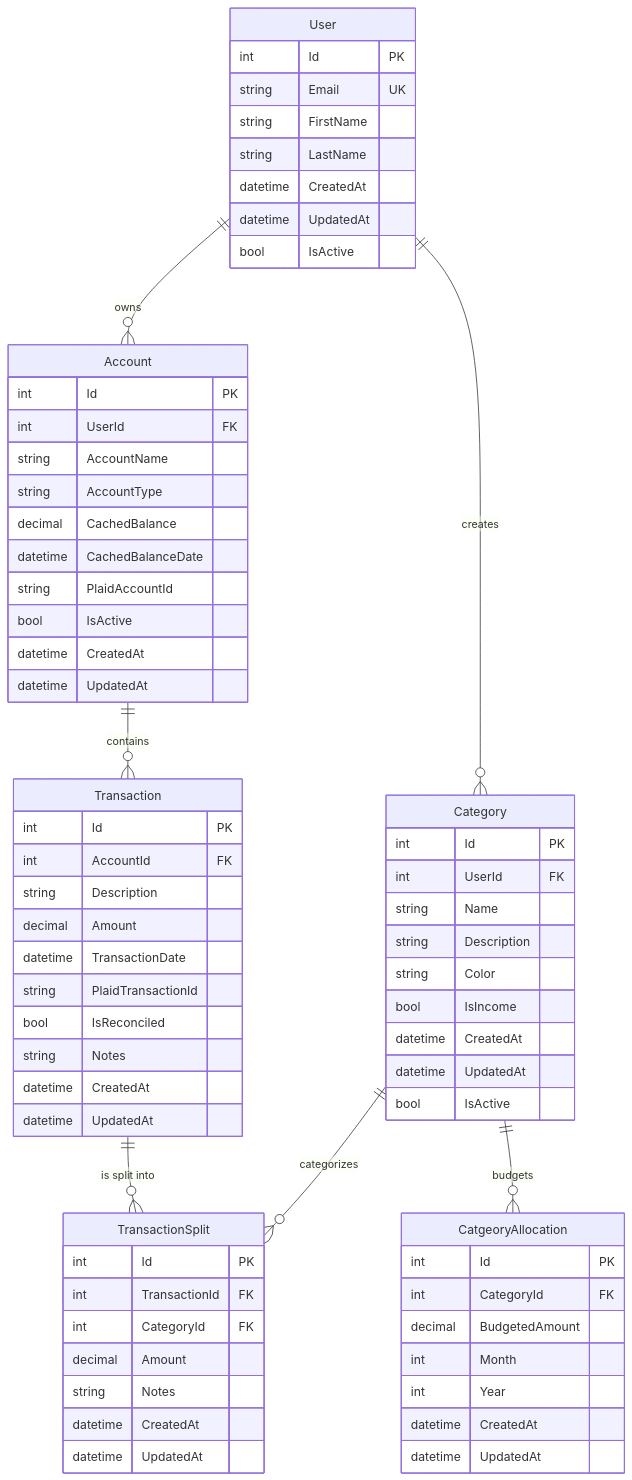
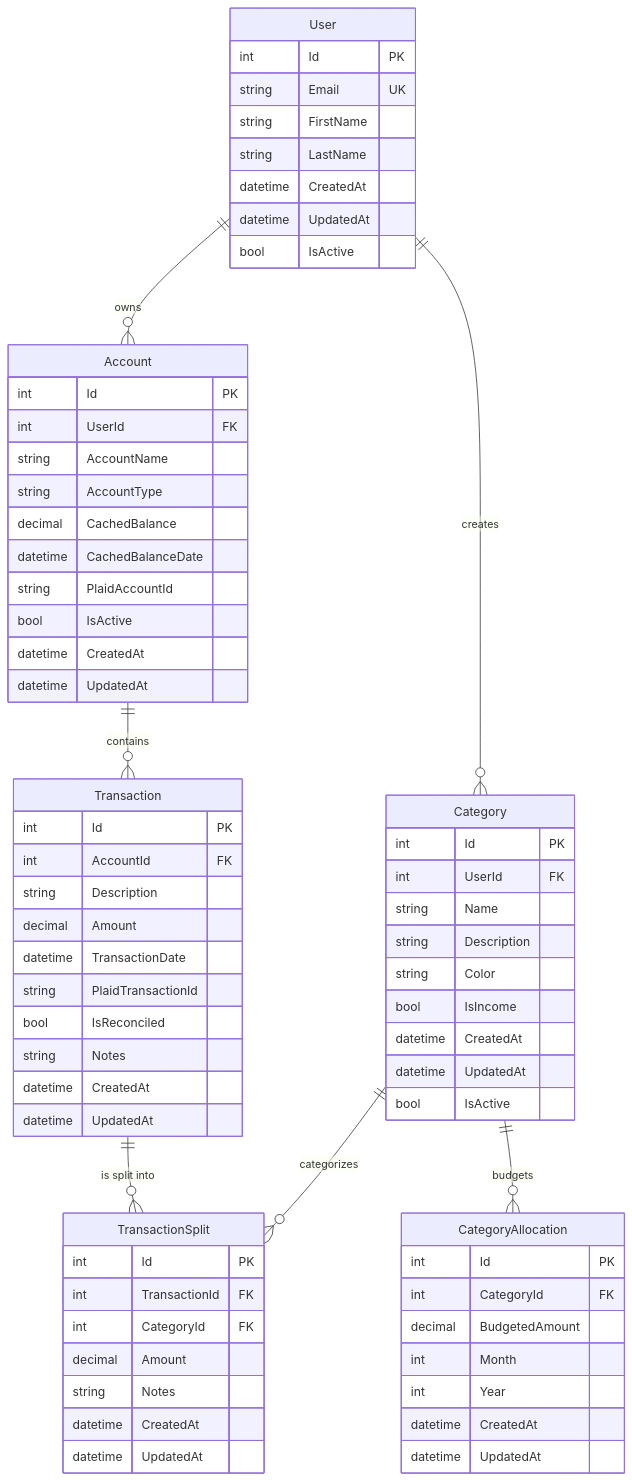
One commit to SnowSE/wnab changed the diagram in database-erd.md. Above: the diagram before and after it, drawn with Mermaid. The commit also changed 1 other file, not shown here.

Commit message:
small tweaks + adding categories/allocation/create api version 2

````diff
--- a/database-erd.md
+++ b/database-erd.md
@@ -5,80 +5,80 @@
 ```mermaid
 erDiagram
     User {
         int Id PK
         string Email UK
         string FirstName
         string LastName
         datetime CreatedAt
         datetime UpdatedAt
         bool IsActive
     }
     
     Category {
         int Id PK
         int UserId FK
         string Name
         string Description
         string Color
         bool IsIncome
         datetime CreatedAt
         datetime UpdatedAt
         bool IsActive
     }
     
     Account {
         int Id PK
         int UserId FK
         string AccountName
         string AccountType
         decimal CachedBalance
         datetime CachedBalanceDate
         string PlaidAccountId
         bool IsActive
         datetime CreatedAt
         datetime UpdatedAt
     }
     
     Transaction {
         int Id PK
         int AccountId FK
         string Description
         decimal Amount
         datetime TransactionDate
         string PlaidTransactionId
         bool IsReconciled
         string Notes
         datetime CreatedAt
         datetime UpdatedAt
     }
     
     %% Unique constraint: (CategoryId, Year, Month)
-    CatgeoryAllocation {
+    CategoryAllocation {
         int Id PK
         int CategoryId FK
         decimal BudgetedAmount
         int Month
         int Year
         datetime CreatedAt
         datetime UpdatedAt
     }
 
     TransactionSplit {
         int Id PK
         int TransactionId FK
         int CategoryId FK
         decimal Amount
         string Notes
         datetime CreatedAt
         datetime UpdatedAt
     }
     
     %% Relationships
     User ||--o{ Category : "creates"
     User ||--o{ Account : "owns"
     
     Account ||--o{ Transaction : "contains"
     Transaction ||--o{ TransactionSplit : "is split into"
     Category ||--o{ TransactionSplit : "categorizes"
-    Category ||--o{ CatgeoryAllocation : "budgets"
+    Category ||--o{ CategoryAllocation : "budgets"
 ```
````
